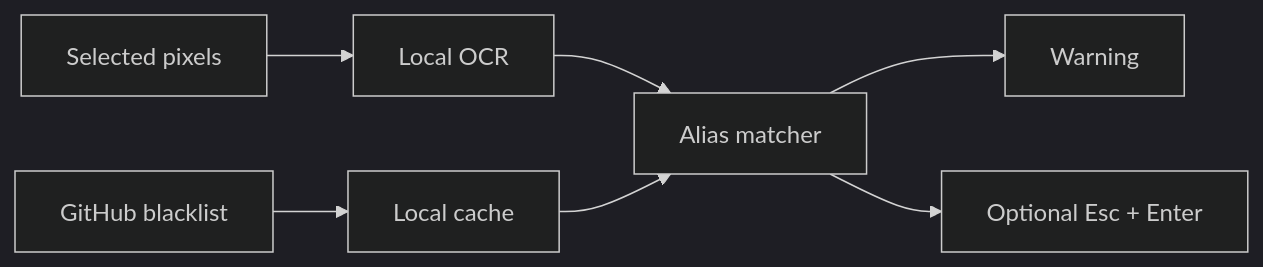
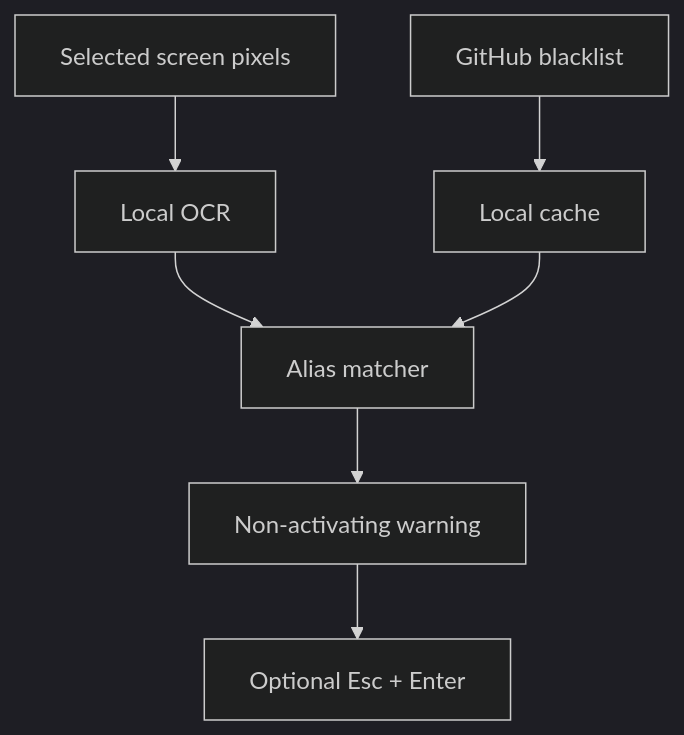
Before and after one commit to kaankutluturk/crossoff-lobby-dodger: the diagram in README.md, drawn with Mermaid (dark theme). The commit also changed other lines of this file and 4 other files, not shown here.

````diff
--- a/README.md
+++ b/README.md
@@ -78,9 +92,9 @@
 ```mermaid
-flowchart LR
-    A["Selected pixels"] --> B["Local OCR"]
+flowchart TD
+    A["Selected screen pixels"] --> B["Local OCR"]
     C["GitHub blacklist"] --> D["Local cache"]
     B --> E["Alias matcher"]
     D --> E
-    E --> F["Warning"]
-    E --> G["Optional Esc + Enter"]
+    E --> F["Non-activating warning"]
+    F --> G["Optional Esc + Enter"]
 ```
````
